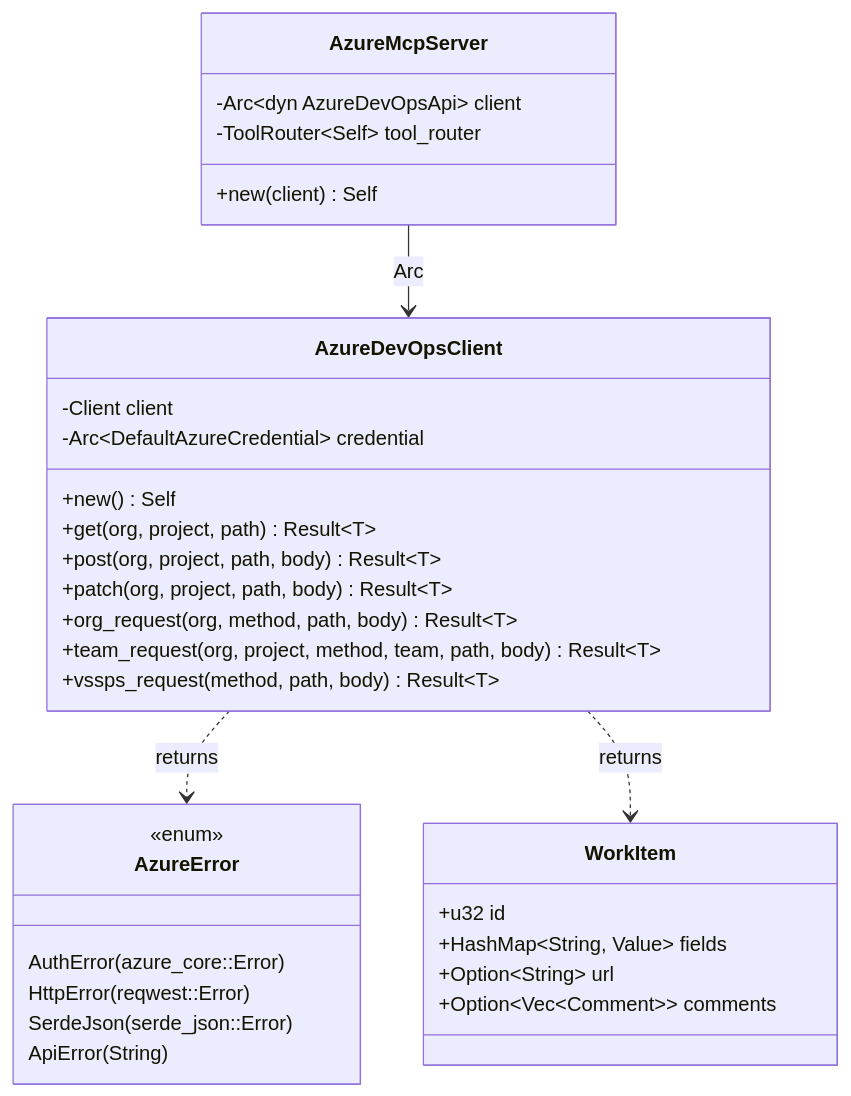
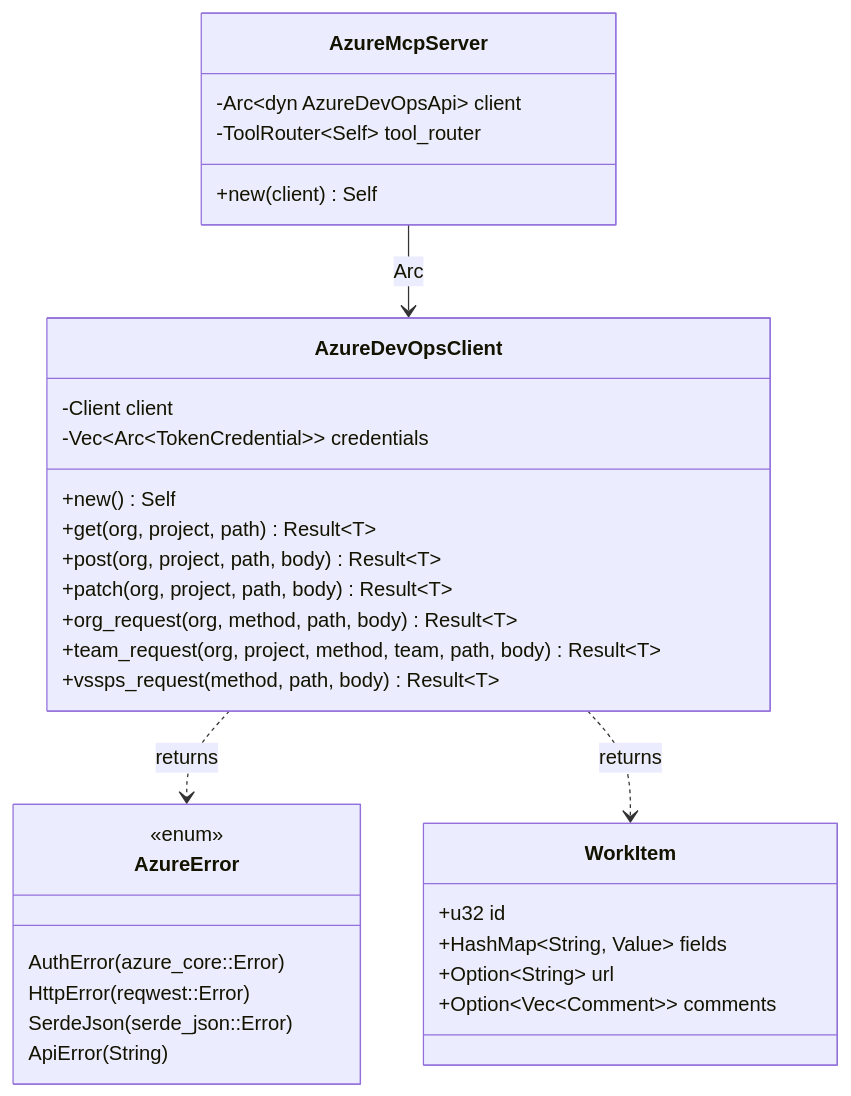
One commit to danielealbano/mcp-for-azure-devops-boards changed the fourth of 5 diagrams in docs/ARCHITECTURE.md. Above: the diagram before and after it, drawn with Mermaid. The commit also changed other lines of this file and 9 other files, not shown here.

````diff
--- a/docs/ARCHITECTURE.md
+++ b/docs/ARCHITECTURE.md
@@ -189,39 +189,39 @@
 ```mermaid
 classDiagram
     class AzureDevOpsClient {
         -Client client
-        -Arc~DefaultAzureCredential~ credential
+        -Vec~Arc~TokenCredential~~ credentials
         +new() Self
         +get(org, project, path) Result~T~
         +post(org, project, path, body) Result~T~
         +patch(org, project, path, body) Result~T~
         +org_request(org, method, path, body) Result~T~
         +team_request(org, project, method, team, path, body) Result~T~
         +vssps_request(method, path, body) Result~T~
     }
 
     class AzureError {
         <<enum>>
         AuthError(azure_core::Error)
         HttpError(reqwest::Error)
         SerdeJson(serde_json::Error)
         ApiError(String)
     }
 
     class AzureMcpServer {
         -Arc~dyn AzureDevOpsApi~ client
         -ToolRouter~Self~ tool_router
         +new(client) Self
     }
 
     class WorkItem {
         +u32 id
         +HashMap~String, Value~ fields
         +Option~String~ url
         +Option~Vec~Comment~~ comments
     }
 
     AzureMcpServer --> AzureDevOpsClient : Arc
     AzureDevOpsClient ..> AzureError : returns
     AzureDevOpsClient ..> WorkItem : returns
 ```
````
